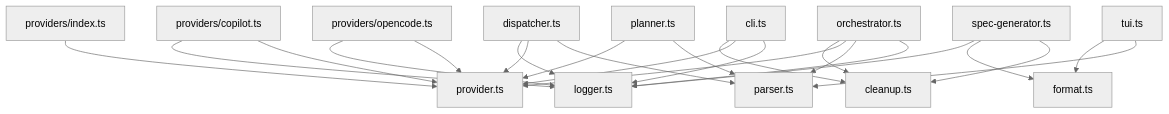
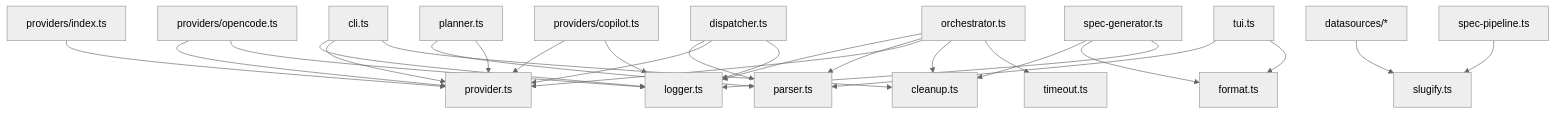
One commit to PatrickRuddiman/Dispatch changed the diagram in docs/shared-types/overview.md. Above: the diagram before and after it, drawn with Mermaid (neutral theme). The commit also changed other lines of this file and 53 other files, not shown here.

````diff
--- a/docs/shared-types/overview.md
+++ b/docs/shared-types/overview.md
@@ -32,25 +38,28 @@
 ```mermaid
 graph TD
     CLI["cli.ts"] --> Logger["logger.ts"]
     CLI --> ProviderTypes["provider.ts"]
     CLI --> Cleanup["cleanup.ts"]
     Orchestrator["orchestrator.ts"] --> Logger
     Orchestrator --> Parser["parser.ts"]
     Orchestrator --> ProviderTypes
     Orchestrator --> Cleanup
+    Orchestrator --> Timeout["timeout.ts"]
+    Datasources["datasources/*"] --> Slugify["slugify.ts"]
+    SpecPipeline["spec-pipeline.ts"] --> Slugify
     SpecGen["spec-generator.ts"] --> Cleanup
     SpecGen --> Format["format.ts"]
     SpecGen --> Logger
     Planner["planner.ts"] --> Parser
     Planner --> ProviderTypes
     Dispatcher["dispatcher.ts"] --> Parser
     Dispatcher --> ProviderTypes
     Dispatcher --> Logger
     TUI["tui.ts"] --> Parser
     TUI --> Format
     ProvidersIndex["providers/index.ts"] --> ProviderTypes
     OpenCode["providers/opencode.ts"] --> ProviderTypes
     OpenCode --> Logger
     Copilot["providers/copilot.ts"] --> ProviderTypes
     Copilot --> Logger
 ```
````
